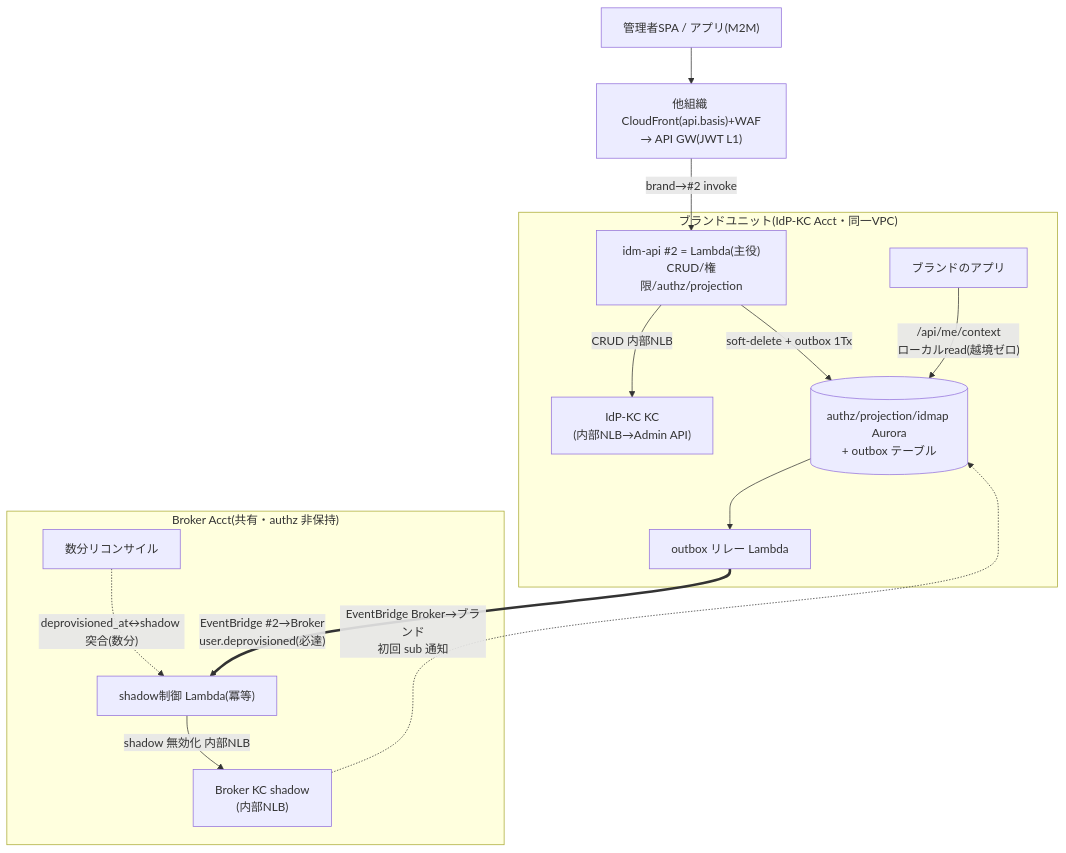
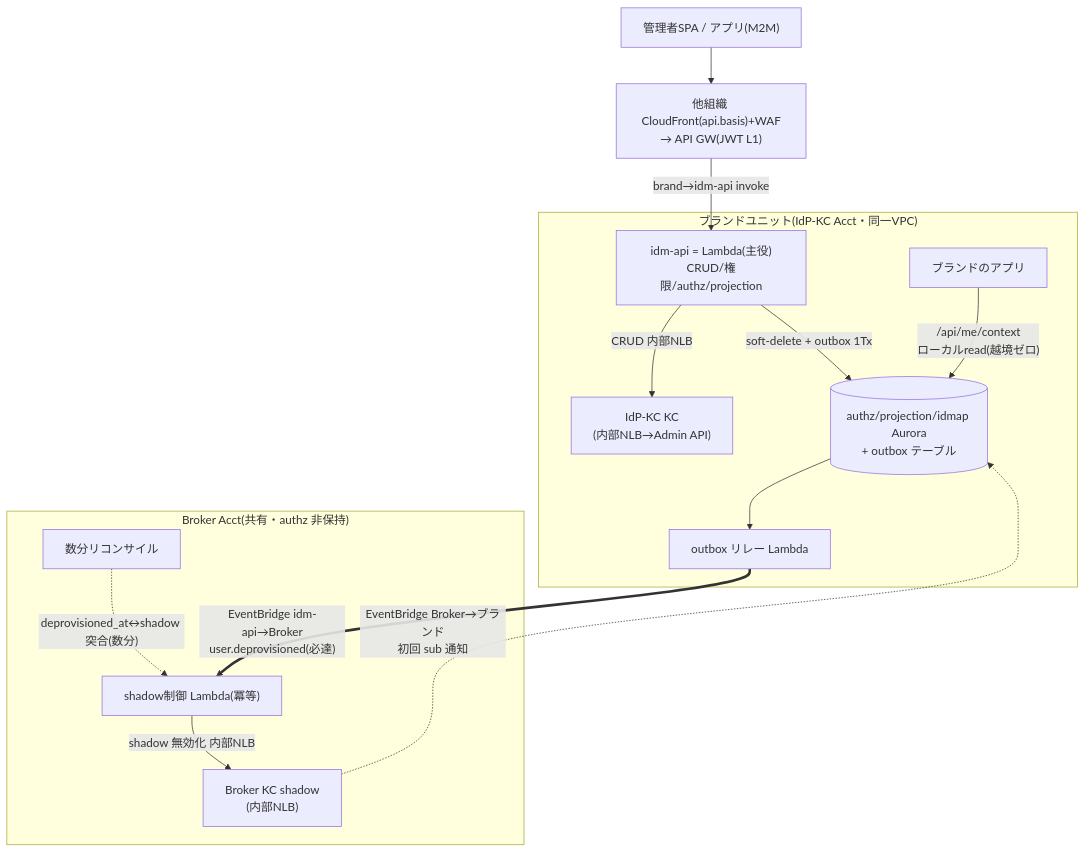
One commit to suepie/aws-atuh-poc changed the third of 5 diagrams in doc/basic-design/03-identity-provisioning-design.md. Above: the diagram before and after it, drawn with Mermaid. The commit also changed other lines of this file and 9 other files, not shown here.

First line of the commit message:
用語統一: idm-api #1/#2 番号を撤去し「idm-api（ブランド管理 API）+ shadow 制御 Lambda」に一本化

````diff
--- a/doc/basic-design/03-identity-provisioning-design.md
+++ b/doc/basic-design/03-identity-provisioning-design.md
@@ -395,26 +395,26 @@
 ```mermaid
 flowchart TB
   ADM["管理者SPA / アプリ(M2M)"]
   CF["他組織 CloudFront(api.basis)+WAF<br/>→ API GW(JWT L1)"]
   subgraph BRAND["ブランドユニット(IdP-KC Acct・同一VPC)"]
-    A2["idm-api #2 = Lambda(主役)<br/>CRUD/権限/authz/projection"]
+    A2["idm-api = Lambda(主役)<br/>CRUD/権限/authz/projection"]
     DB[("authz/projection/idmap Aurora<br/>+ outbox テーブル")]
     REL["outbox リレー Lambda"]
     IKC["IdP-KC KC<br/>(内部NLB→Admin API)"]
     APP["ブランドのアプリ"]
   end
   subgraph BROKER["Broker Acct(共有・authz 非保持)"]
     SH["shadow制御 Lambda(冪等)"]
     BKC["Broker KC shadow<br/>(内部NLB)"]
     RC["数分リコンサイル"]
   end
-  ADM --> CF -->|"brand→#2 invoke"| A2
+  ADM --> CF -->|"brand→idm-api invoke"| A2
   A2 -->|"CRUD 内部NLB"| IKC
   A2 -->|"soft-delete + outbox 1Tx"| DB
   DB --> REL
-  REL ==>|"EventBridge #2→Broker<br/>user.deprovisioned(必達)"| SH
+  REL ==>|"EventBridge idm-api→Broker<br/>user.deprovisioned(必達)"| SH
   SH -->|"shadow 無効化 内部NLB"| BKC
   BKC -.->|"EventBridge Broker→ブランド<br/>初回 sub 通知"| DB
   APP -->|"/api/me/context<br/>ローカルread(越境ゼロ)"| DB
   RC -.->|"deprovisioned_at↔shadow 突合(数分)"| SH
 ```
````
